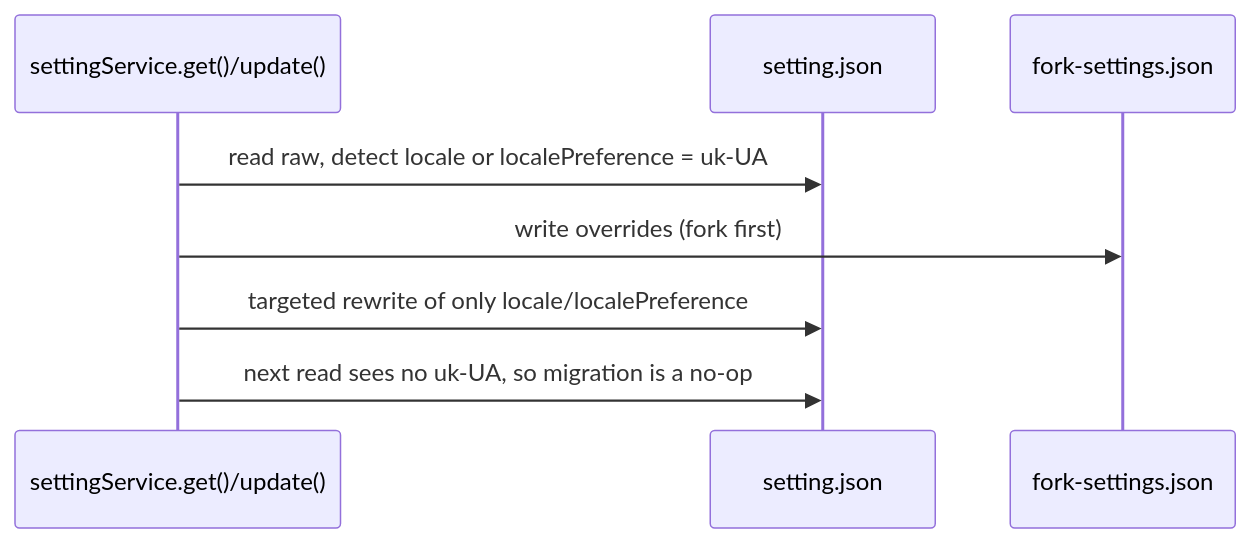
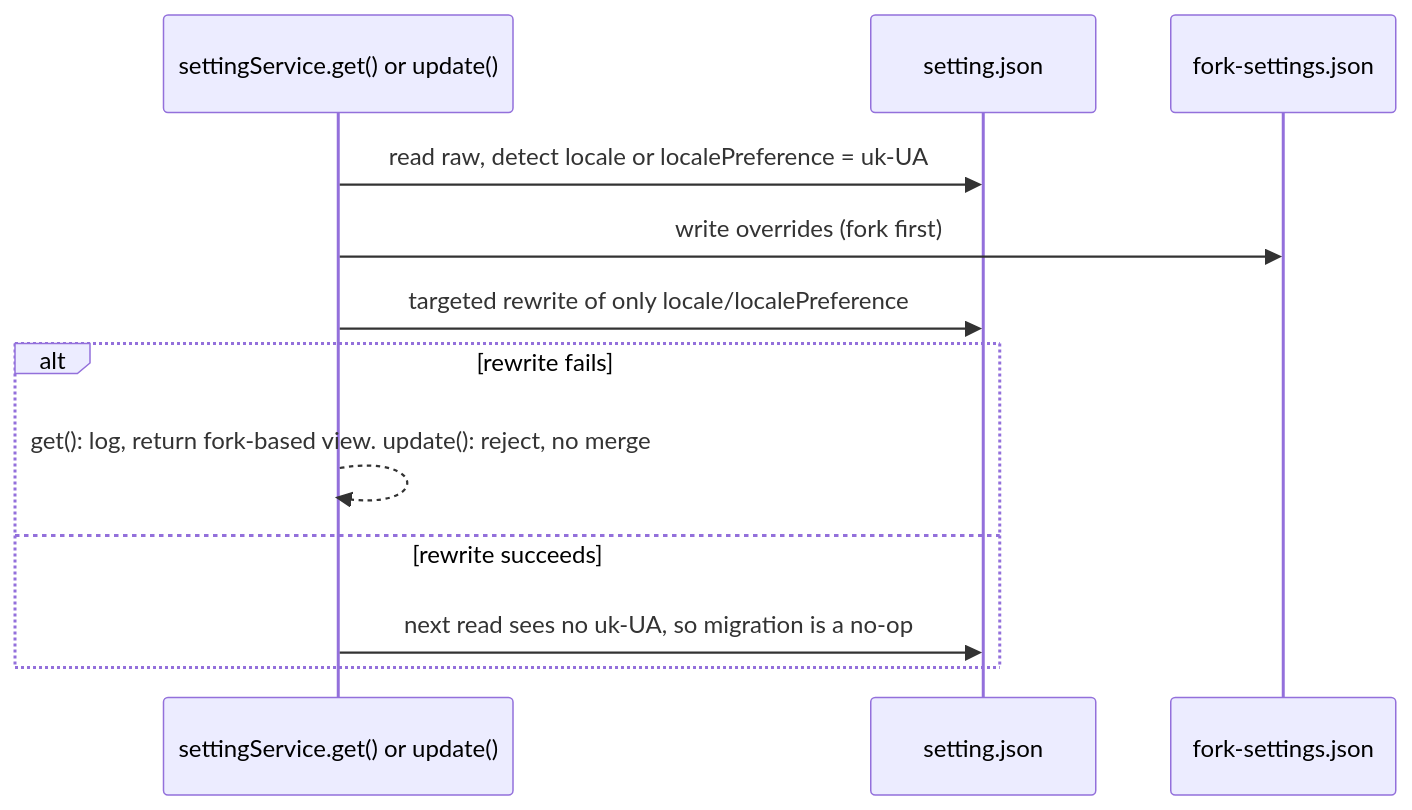
One commit to osben/ZCode changed the second of 2 diagrams in specs/fork-locale-storage.md. Above: the diagram before and after it, drawn with Mermaid. The commit also changed other lines of this file and 5 other files, not shown here.

````diff
--- a/specs/fork-locale-storage.md
+++ b/specs/fork-locale-storage.md
@@ -82,10 +106,14 @@
 ```mermaid
 sequenceDiagram
-  participant SS as settingService.get()/update()
+  participant SS as settingService.get() or update()
   participant SH as setting.json
   participant FK as fork-settings.json
   SS->>SH: read raw, detect locale or localePreference = uk-UA
   SS->>FK: write overrides (fork first)
   SS->>SH: targeted rewrite of only locale/localePreference
-  SS->>SH: next read sees no uk-UA, so migration is a no-op
+  alt rewrite fails
+    SS-->>SS: get(): log, return fork-based view. update(): reject, no merge
+  else rewrite succeeds
+    SS->>SH: next read sees no uk-UA, so migration is a no-op
+  end
 ```
````
